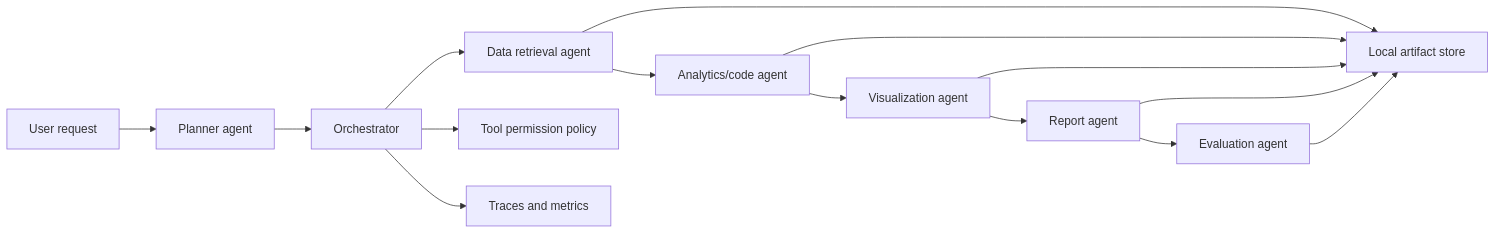
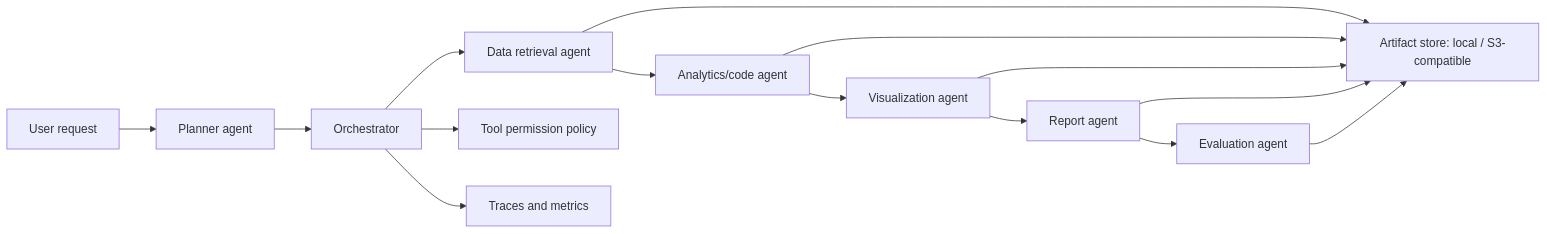
Before and after one commit to kashyapHebbar/autonomous-enterprise-ai-os: the diagram in README.md, drawn with Mermaid. The commit also changed other lines of this file and 21 other files, not shown here.

````diff
--- a/README.md
+++ b/README.md
@@ -28,17 +28,17 @@
 ```mermaid
 flowchart LR
     User[User request] --> Planner[Planner agent]
     Planner --> Orchestrator[Orchestrator]
     Orchestrator --> Data[Data retrieval agent]
     Data --> Analytics[Analytics/code agent]
     Analytics --> Viz[Visualization agent]
     Viz --> Report[Report agent]
     Report --> Eval[Evaluation agent]
     Orchestrator --> Security[Tool permission policy]
     Orchestrator --> Obs[Traces and metrics]
-    Data --> Artifacts[Local artifact store]
+    Data --> Artifacts[Artifact store: local / S3-compatible]
     Analytics --> Artifacts
     Viz --> Artifacts
     Report --> Artifacts
     Eval --> Artifacts
 ```
````
